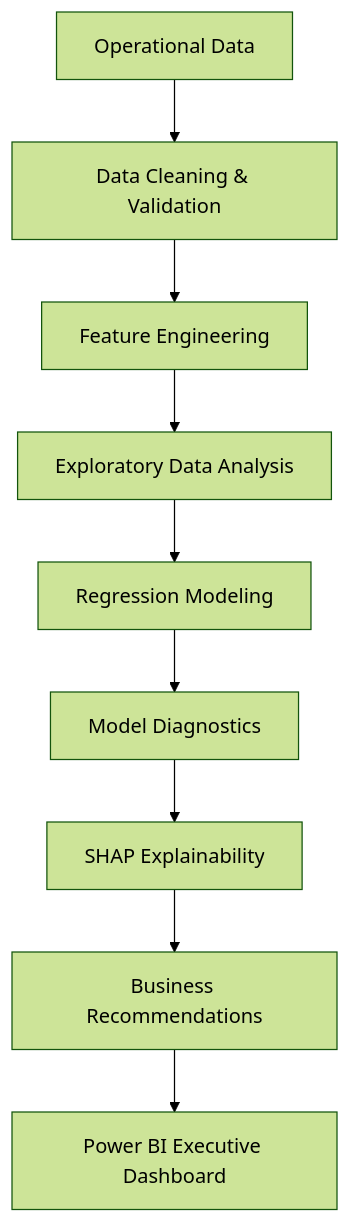
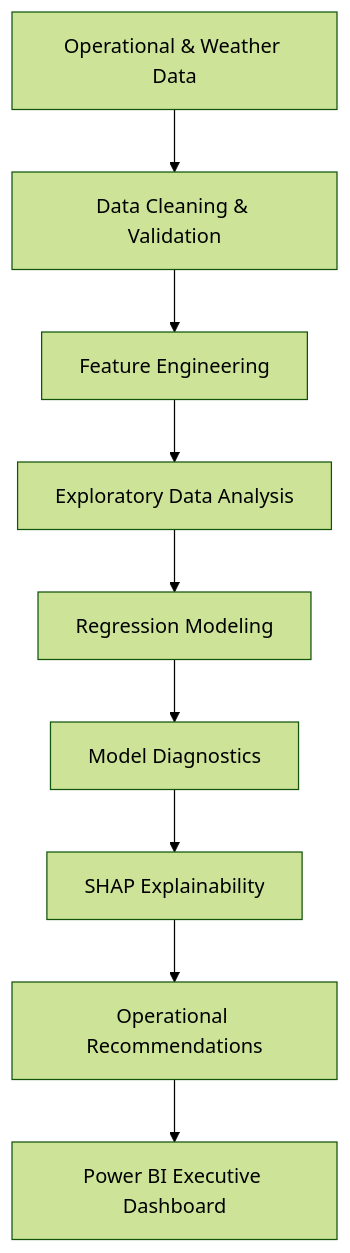
The diagram in README.md (danyyen/dp-driver-analysis), drawn with Mermaid (forest theme) before and after one commit. The commit also changed other lines of this file, not shown here.

````diff
--- a/README.md
+++ b/README.md
@@ -15,11 +42,11 @@
 ```mermaid
 flowchart TD
-    A[Operational Data] --> B[Data Cleaning & Validation]
+    A[Operational & Weather Data] --> B[Data Cleaning & Validation]
     B --> C[Feature Engineering]
     C --> D[Exploratory Data Analysis]
     D --> E[Regression Modeling]
     E --> F[Model Diagnostics]
     F --> G[SHAP Explainability]
-    G --> H[Business Recommendations]
+    G --> H[Operational Recommendations]
     H --> I[Power BI Executive Dashboard]
 ```
````
